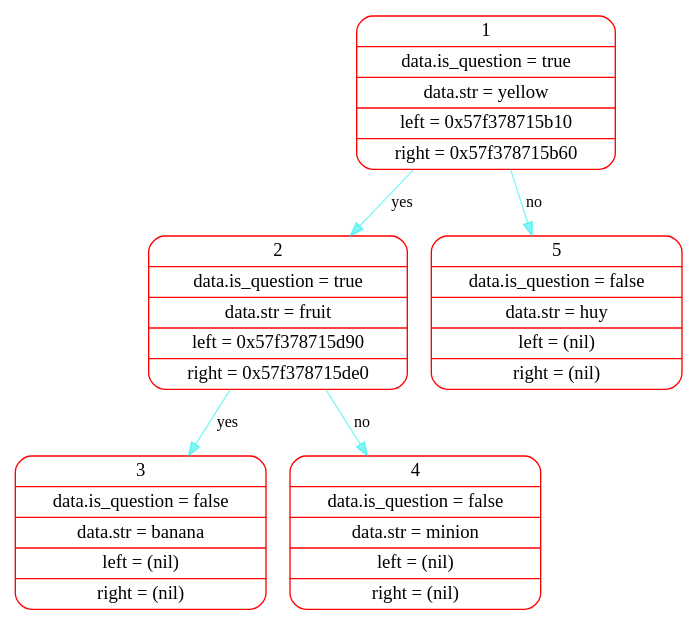
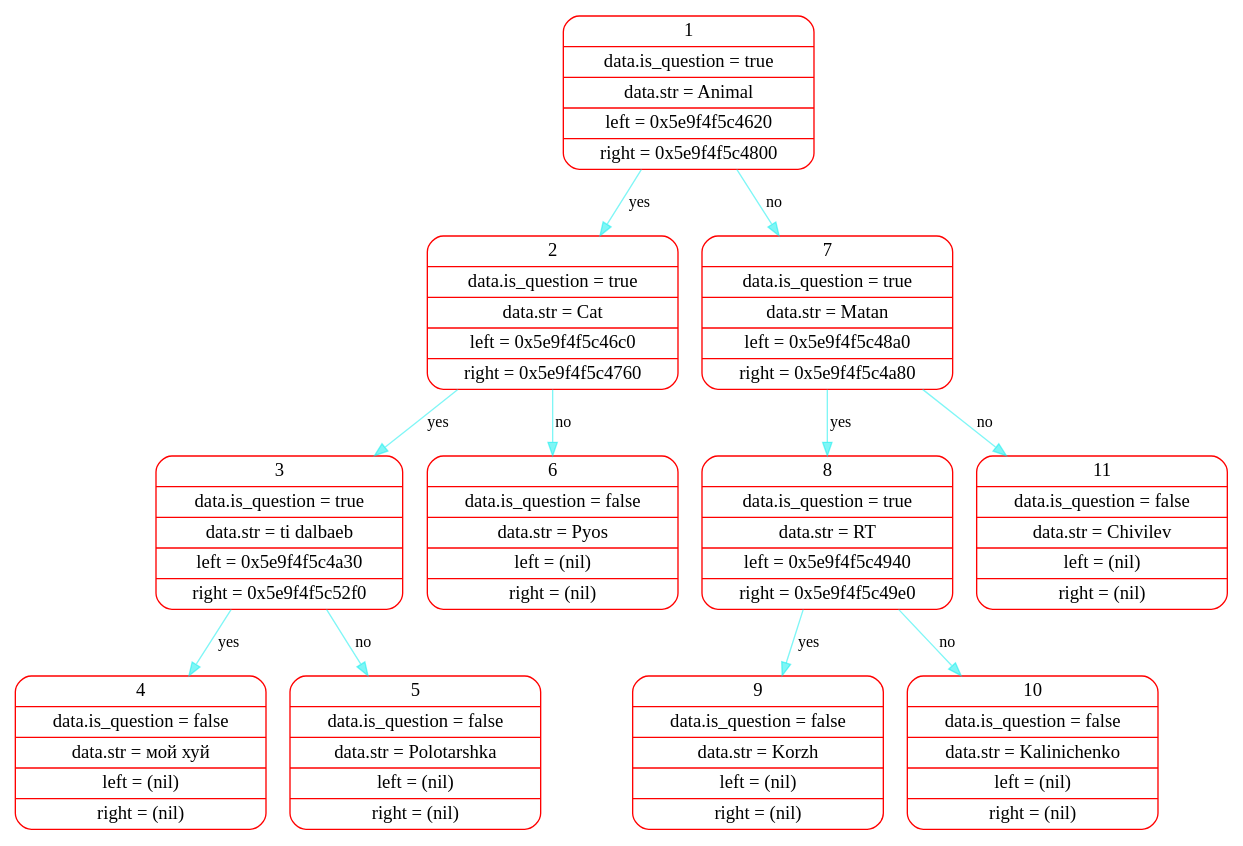
One commit to sevaphasol/akinator changed the diagram in logs/dot_files/001.dot. Above: the diagram before and after it, drawn with Graphviz. The commit also changed 11 other files, not shown here.

```diff
--- a/logs/dot_files/001.dot
+++ b/logs/dot_files/001.dot
@@ -1,10 +1,16 @@
 digraph G{
 rankdir=HR;
 node[color="red",fontsize=14];
 edge[color="#00eeee80",fontsize=12, penwidth=1];
-elem1[shape="Mrecord", label="{ 1 | data.is_question = true | data.str = yellow | left = 0x57f378715b10 | right = 0x57f378715b60 }"];
-elem1->elem2[label = "yes"];elem2[shape="Mrecord", label="{ 2 | data.is_question = true | data.str = fruit | left = 0x57f378715d90 | right = 0x57f378715de0 }"];
-elem2->elem3[label = "yes"];elem3[shape="Mrecord", label="{ 3 | data.is_question = false | data.str = banana | left = (nil) | right = (nil) }"];
-elem2->elem4[label = "no"];elem4[shape="Mrecord", label="{ 4 | data.is_question = false | data.str = minion | left = (nil) | right = (nil) }"];
-elem1->elem5[label = "no"];elem5[shape="Mrecord", label="{ 5 | data.is_question = false | data.str = huy | left = (nil) | right = (nil) }"];
+elem1[shape="Mrecord", label="{ 1 | data.is_question = true | data.str = Animal | left = 0x5e9f4f5c4620 | right = 0x5e9f4f5c4800 }"];
+elem1->elem2[label = "yes"];elem2[shape="Mrecord", label="{ 2 | data.is_question = true | data.str = Cat | left = 0x5e9f4f5c46c0 | right = 0x5e9f4f5c4760 }"];
+elem2->elem3[label = "yes"];elem3[shape="Mrecord", label="{ 3 | data.is_question = true | data.str = ti dalbaeb | left = 0x5e9f4f5c4a30 | right = 0x5e9f4f5c52f0 }"];
+elem3->elem4[label = "yes"];elem4[shape="Mrecord", label="{ 4 | data.is_question = false | data.str = мой хуй | left = (nil) | right = (nil) }"];
+elem3->elem5[label = "no"];elem5[shape="Mrecord", label="{ 5 | data.is_question = false | data.str = Polotarshka | left = (nil) | right = (nil) }"];
+elem2->elem6[label = "no"];elem6[shape="Mrecord", label="{ 6 | data.is_question = false | data.str = Pyos | left = (nil) | right = (nil) }"];
+elem1->elem7[label = "no"];elem7[shape="Mrecord", label="{ 7 | data.is_question = true | data.str = Matan | left = 0x5e9f4f5c48a0 | right = 0x5e9f4f5c4a80 }"];
+elem7->elem8[label = "yes"];elem8[shape="Mrecord", label="{ 8 | data.is_question = true | data.str = RT | left = 0x5e9f4f5c4940 | right = 0x5e9f4f5c49e0 }"];
+elem8->elem9[label = "yes"];elem9[shape="Mrecord", label="{ 9 | data.is_question = false | data.str = Korzh | left = (nil) | right = (nil) }"];
+elem8->elem10[label = "no"];elem10[shape="Mrecord", label="{ 10 | data.is_question = false | data.str = Kalinichenko | left = (nil) | right = (nil) }"];
+elem7->elem11[label = "no"];elem11[shape="Mrecord", label="{ 11 | data.is_question = false | data.str = Chivilev | left = (nil) | right = (nil) }"];
 }
```
